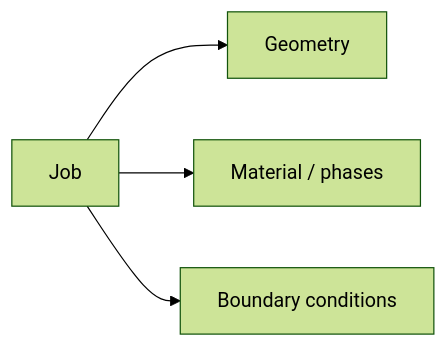
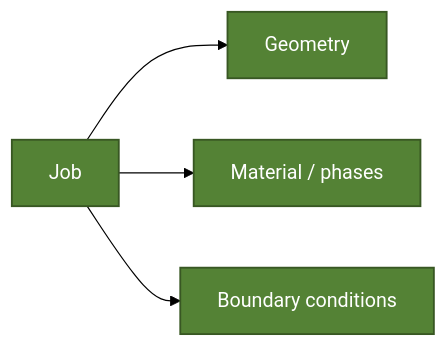
Before and after one commit to YousefRezek/MiMeDat: the third of 4 diagrams in README.md, drawn with Mermaid (forest theme). The commit also changed other lines of this file, not shown here.

Commit message:
Adding colour to graphs

````diff
--- a/README.md
+++ b/README.md
@@ -141,6 +141,14 @@
 ```mermaid
 flowchart LR
     J[Job] --> G[Geometry]
     J --> M[Material / phases]
     J --> BC[Boundary conditions]
+	
+	classDef job fill:#548235,stroke:#385723,color:#FFFFFF,stroke-width:1.5px;
+	
+	class J job;
+	class G job;
+	class M job;
+	class BC job;
+	
 ```
````
